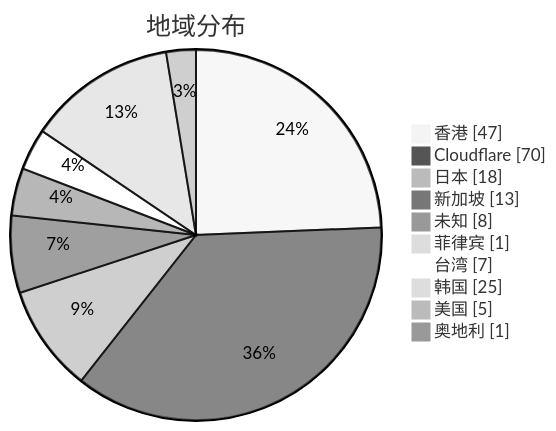
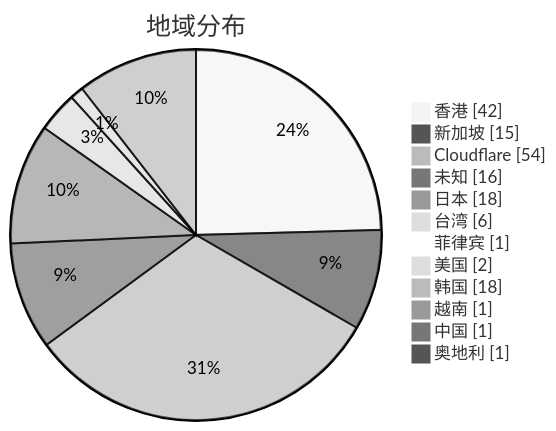
Before and after one commit to qjlxg/airport: the second of 3 diagrams in subs/statistics/tested_within.md, drawn with Mermaid (neutral theme). The commit also changed other lines of this file and 2 other files, not shown here.

````diff
--- a/subs/statistics/tested_within.md
+++ b/subs/statistics/tested_within.md
@@ -11,14 +12,16 @@
 ```mermaid
 pie showData
 title 地域分布
-"香港" : 47
-"Cloudflare" : 70
+"香港" : 42
+"新加坡" : 15
+"Cloudflare" : 54
+"未知" : 16
 "日本" : 18
-"新加坡" : 13
-"未知" : 8
+"台湾" : 6
 "菲律宾" : 1
-"台湾" : 7
-"韩国" : 25
-"美国" : 5
+"美国" : 2
+"韩国" : 18
+"越南" : 1
+"中国" : 1
 "奥地利" : 1
 ```
````
